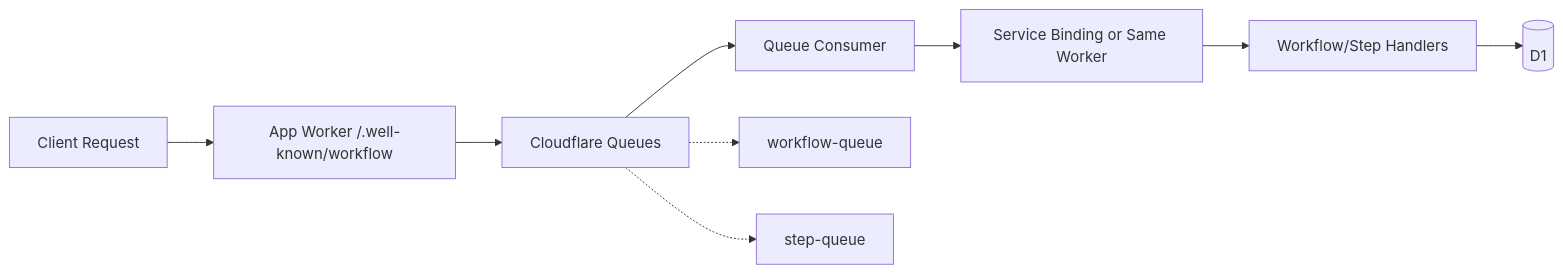
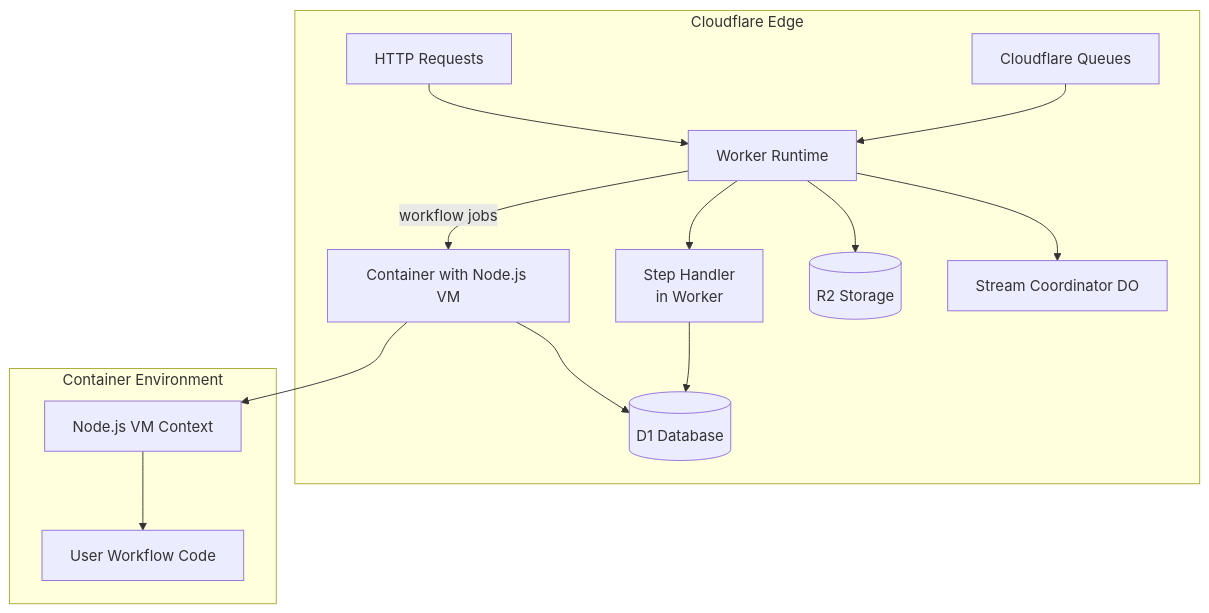
The first of 4 diagrams in packages/world-cloudflare/HOW_IT_WORKS.md (eersnington/workflow-cloudflare-world), drawn with Mermaid before and after one commit. The commit also changed other lines of this file and 3 other files, not shown here.

````diff
--- a/packages/world-cloudflare/HOW_IT_WORKS.md
+++ b/packages/world-cloudflare/HOW_IT_WORKS.md
@@ -20,12 +28,18 @@
 ```mermaid
-graph LR
-    Client[Client Request] --> App[App Worker /.well-known/workflow]
-    App --> Queue[Cloudflare Queues]
-    Queue --> Consumer[Queue Consumer]
-    Consumer --> Binding[Service Binding or Same Worker]
-    Binding --> Flow[Workflow/Step Handlers]
-    Flow --> D1[(D1)]
+graph TB
+    subgraph "Cloudflare Edge"
+        HTTP[HTTP Requests] --> Worker[Worker Runtime]
+        Queue[Cloudflare Queues] --> Worker
+        Worker --> StepHandler[Step Handler<br/>in Worker]
+        Worker -->|workflow jobs| Container[Container with Node.js VM]
+        Container --> D1[(D1 Database)]
+        StepHandler --> D1
+        Worker --> R2[(R2 Storage)]
+        Worker --> DO[Stream Coordinator DO]
+    end
 
-    Queue -.-> WQ[workflow-queue]
-    Queue -.-> SQ[step-queue]
+    subgraph "Container Environment"
+        Container --> VM[Node.js VM Context]
+        VM --> Workflow[User Workflow Code]
+    end
 ```
````
